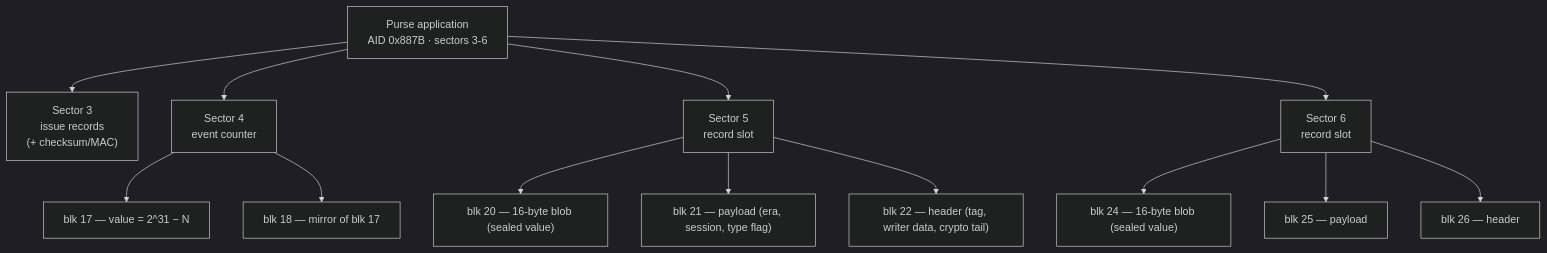
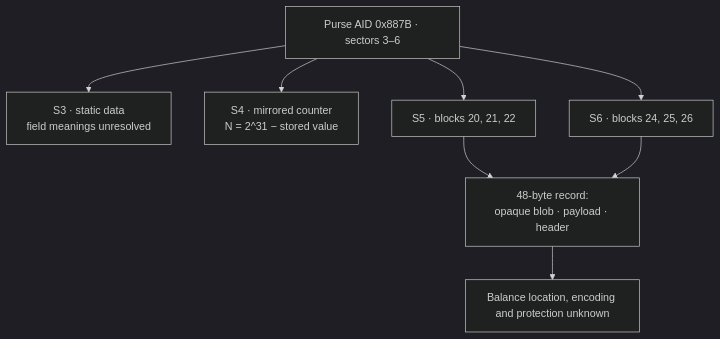
The diagram in README.md (dkorunic/zet-rvcard), drawn with Mermaid (dark theme) before and after one commit. The commit also changed other lines of this file and 3 other files, not shown here.

````diff
--- a/README.md
+++ b/README.md
@@ -170,19 +200,11 @@
 ```mermaid
 graph TD
-    PURSE["Purse application<br/>AID 0x887B · sectors 3-6"]
-    PURSE --> S3["Sector 3<br/>issue records<br/>(+ checksum/MAC)"]
-    PURSE --> S4["Sector 4<br/>event counter"]
-    PURSE --> S5["Sector 5<br/>record slot"]
-    PURSE --> S6["Sector 6<br/>record slot"]
-
-    S4 --> B17["blk 17 — value = 2^31 − N"]
-    S4 --> B18["blk 18 — mirror of blk 17"]
-
-    S5 --> B20["blk 20 — 16-byte blob (sealed value)"]
-    S5 --> B21["blk 21 — payload (era, session, type flag)"]
-    S5 --> B22["blk 22 — header (tag, writer data, crypto tail)"]
-
-    S6 --> B24["blk 24 — 16-byte blob (sealed value)"]
-    S6 --> B25["blk 25 — payload"]
-    S6 --> B26["blk 26 — header"]
+    P["Purse AID 0x887B · sectors 3–6"]
+    P --> S3["S3 · static data<br/>field meanings unresolved"]
+    P --> S4["S4 · mirrored counter<br/>N = 2^31 − stored value"]
+    P --> S5["S5 · blocks 20, 21, 22"]
+    P --> S6["S6 · blocks 24, 25, 26"]
+    S5 --> R["48-byte record:<br/>opaque blob · payload · header"]
+    S6 --> R
+    R --> U["Balance location, encoding and protection unknown"]
 ```
````
